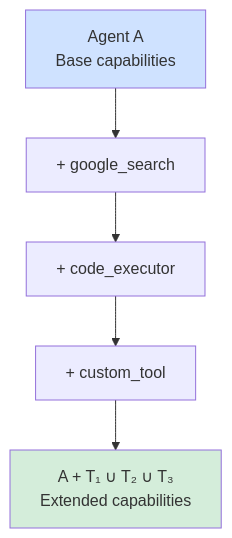
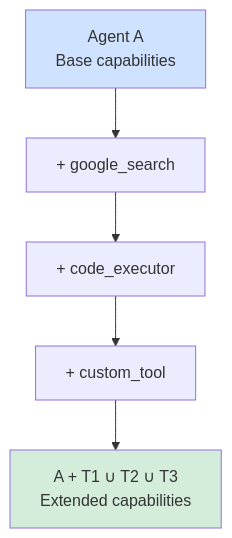
Before and after one commit to xkrajnan/Agentic_Design_Patterns: diagram 18 of 37 in docs/10_UNIFIED_THEORY.md, drawn with Mermaid. The commit also changed other lines of this file, not shown here.

First line of the commit message:
Fix Mermaid diagram rendering by replacing Unicode subscripts

````diff
--- a/docs/10_UNIFIED_THEORY.md
+++ b/docs/10_UNIFIED_THEORY.md
@@ -1034,17 +1034,17 @@
 ```mermaid
 flowchart TB
     A[Agent A<br/>Base capabilities]
     T1[+ google_search]
     T2[+ code_executor]
     T3[+ custom_tool]
 
-    Result[A + T₁ ∪ T₂ ∪ T₃<br/>Extended capabilities]
+    Result[A + T1 ∪ T2 ∪ T3<br/>Extended capabilities]
 
     A --> T1
     T1 --> T2
     T2 --> T3
     T3 --> Result
 
     style A fill:#cfe2ff
     style Result fill:#d4edda
 ```
````
